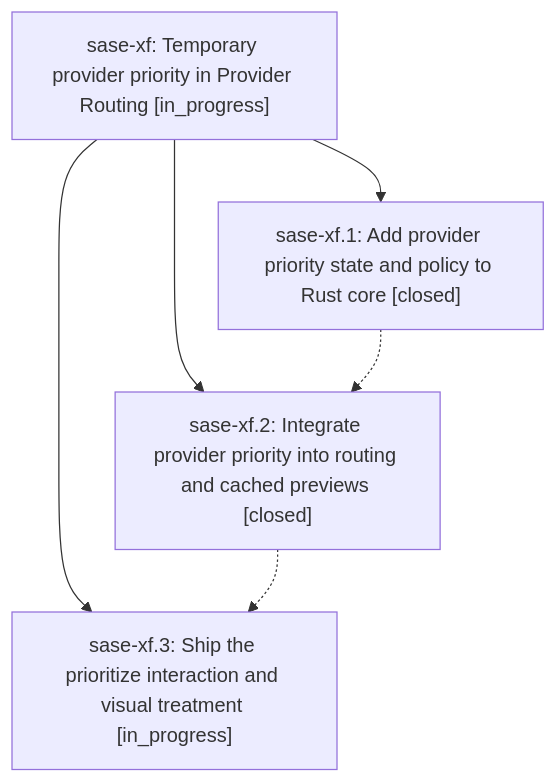
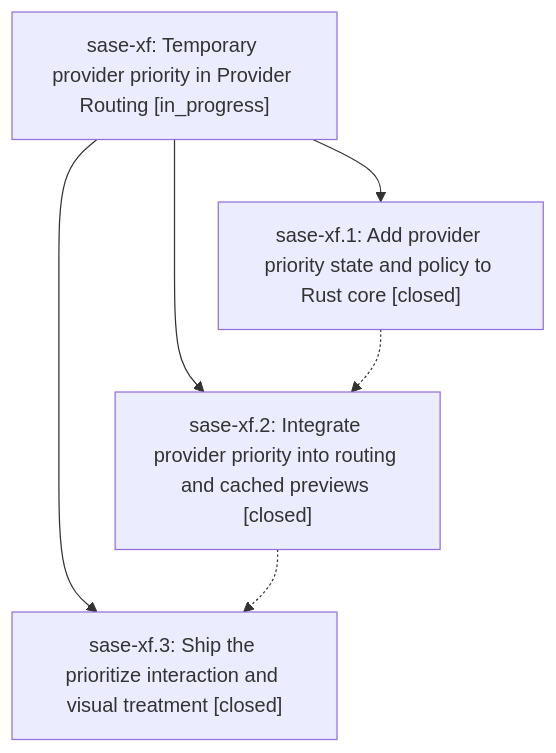
The diagram in pages/sase-xf/README.md (sase-org/sase--beads), drawn with Mermaid before and after one commit. The commit also changed other lines of this file and 2 other files, not shown here.

First line of the commit message:
chore(beads): sync bead state and pages for sase-xf

````diff
--- a/pages/sase-xf/README.md
+++ b/pages/sase-xf/README.md
@@ -36,12 +36,12 @@
 ```mermaid
 flowchart TD
     n0["sase-xf: Temporary provider priority in Provider Routing [in_progress]"]
     n1["sase-xf.1: Add provider priority state and policy to Rust core [closed]"]
     n2["sase-xf.2: Integrate provider priority into routing and cached previews [closed]"]
-    n3["sase-xf.3: Ship the prioritize interaction and visual treatment [in_progress]"]
+    n3["sase-xf.3: Ship the prioritize interaction and visual treatment [closed]"]
     n0 --> n1
     n0 --> n2
     n0 --> n3
     n1 -.-> n2
     n2 -.-> n3
 ```
````
